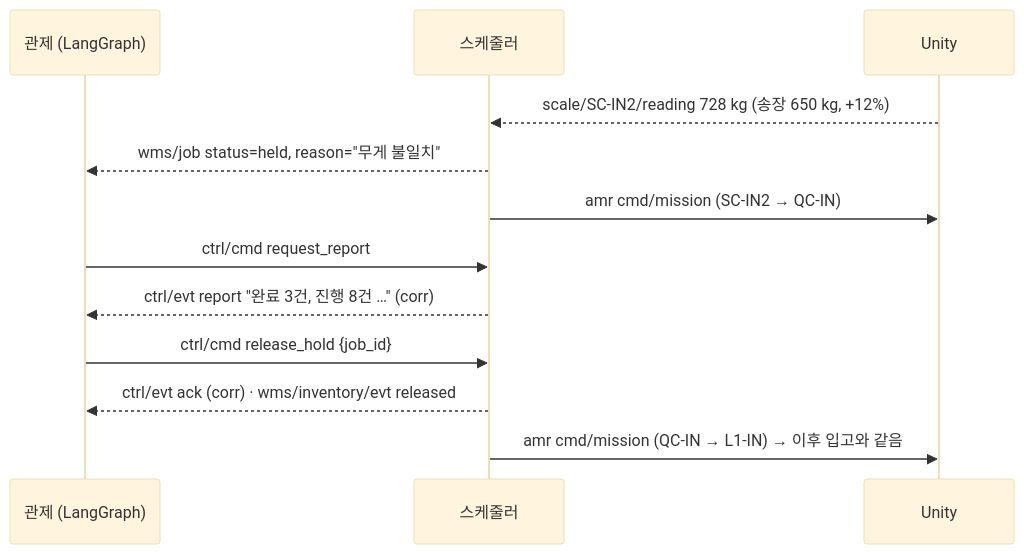
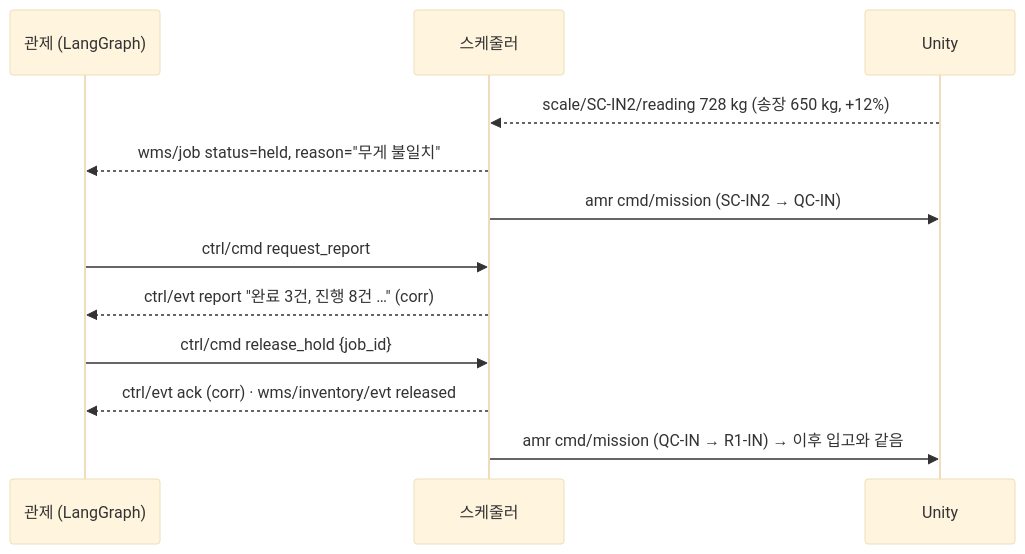
The fourth of 6 diagrams in comm/README.md (jml94-back/Fulfillment_Algorithm), drawn with Mermaid (base theme) before and after one commit. The commit also changed other lines of this file and 100 other files, not shown here.

````diff
--- a/comm/README.md
+++ b/comm/README.md
@@ -228,14 +235,14 @@
 ```mermaid
 sequenceDiagram
   participant C as 관제 (LangGraph)
   participant S as 스케줄러
   participant U as Unity
   U-->>S: scale/SC-IN2/reading 728 kg (송장 650 kg, +12%)
   S-->>C: wms/job status=held, reason="무게 불일치"
   S->>U: amr cmd/mission (SC-IN2 → QC-IN)
   C->>S: ctrl/cmd request_report
   S-->>C: ctrl/evt report "완료 3건, 진행 8건 …" (corr)
   C->>S: ctrl/cmd release_hold {job_id}
   S-->>C: ctrl/evt ack (corr) · wms/inventory/evt released
-  S->>U: amr cmd/mission (QC-IN → L1-IN) → 이후 입고와 같음
+  S->>U: amr cmd/mission (QC-IN → R1-IN) → 이후 입고와 같음
 ```
````
